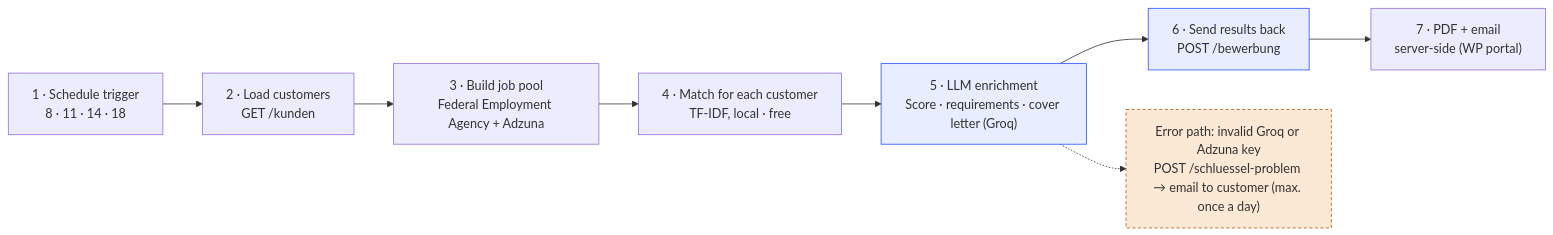
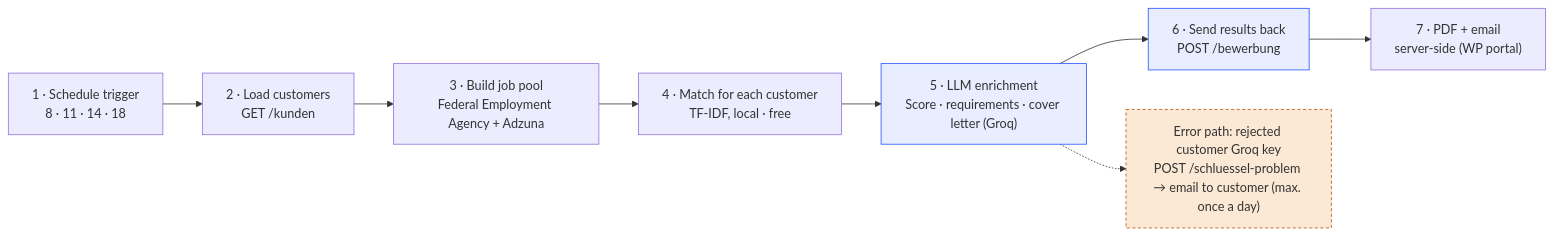
Before and after one commit to 3mothman/auto-job-search: the second of 2 diagrams in ARCHITECTURE.md, drawn with Mermaid. The commit also changed other lines of this file, not shown here.

Commit message:
Align architecture guide with implementation

````diff
--- a/ARCHITECTURE.md
+++ b/ARCHITECTURE.md
@@ -56,18 +56,18 @@
 ```mermaid
 flowchart LR
     T1["1 · Schedule trigger<br/>8 · 11 · 14 · 18"]
     T2["2 · Load customers<br/>GET /kunden"]
     T3["3 · Build job pool<br/>Federal Employment Agency + Adzuna"]
     T4["4 · Match for each customer<br/>TF-IDF, local · free"]
     T5["5 · LLM enrichment<br/>Score · requirements · cover letter (Groq)"]
     T6["6 · Send results back<br/>POST /bewerbung"]
     T7["7 · PDF + email<br/>server-side (WP portal)"]
-    ERR["Error path: invalid Groq or Adzuna key<br/>POST /schluessel-problem → email to customer (max. once a day)"]
+    ERR["Error path: rejected customer Groq key<br/>POST /schluessel-problem → email to customer (max. once a day)"]
 
     T1 --> T2 --> T3 --> T4 --> T5 --> T6 --> T7
     T5 -.-> ERR
 
     style T5 fill:#e8edff,stroke:#2454ff
     style T6 fill:#e8edff,stroke:#2454ff
     style ERR fill:#fbe9d5,stroke:#b45309,stroke-dasharray: 4 3
 ```
````
